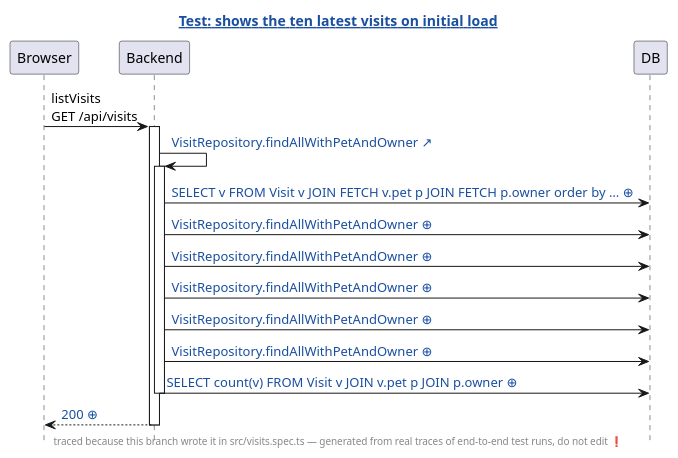
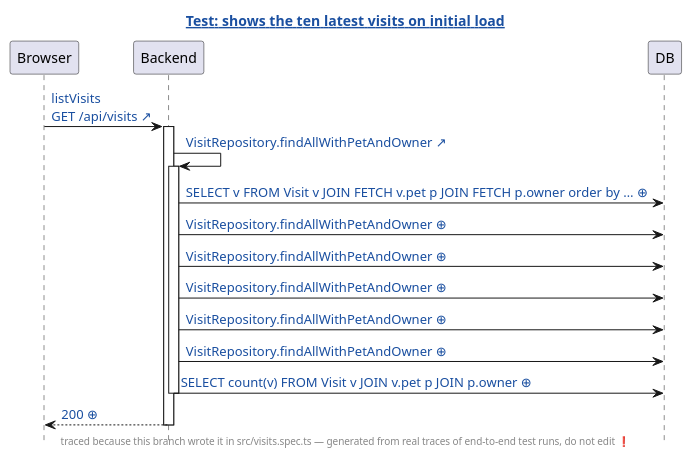
Before and after one commit to victorrentea/human-review: the diagram in demo/demo2/assets/genseq/petclinic-test/generated/visits.spec.ts.shows-the-ten-latest-visits-on-initial-load.genseq.puml, drawn with PlantUML. The commit also changed 130 other files, not shown here.

```diff
--- a/demo/demo2/assets/genseq/petclinic-test/generated/visits.spec.ts.shows-the-ten-latest-visits-on-initial-load.genseq.puml
+++ b/demo/demo2/assets/genseq/petclinic-test/generated/visits.spec.ts.shows-the-ten-latest-visits-on-initial-load.genseq.puml
@@ -1,27 +1,27 @@
 @startuml
 ' ⚠️  GENERATED FILE — DO NOT EDIT. Every edit is lost on the next run.
 hide footbox
 skinparam hyperlinkUnderline false
 skinparam hyperlinkColor #1A4FA0
 skinparam sequenceGroupFontColor #888888
 skinparam sequenceGroupFontStyle plain
 title [[src://petclinic-test/src/visits.spec.ts:37{Click to open the test} Test: shows the ten latest visits on initial load]]
 footer traced because this branch wrote it in src/visits.spec.ts — generated from real traces of end-to-end test runs, do not edit ❗
 participant Browser
 participant Backend
 participant DB
-Browser -> Backend: listVisits\nGET /api/visits
+Browser -> Backend: [[src://petclinic-frontend/src/app/visits/visits-page/visits-page.component.ts:50{Click to open the line that sent this request: visits-page.component.ts:50} listVisits\nGET /api/visits ↗]]
 activate Backend
 Backend -> Backend: [[src://petclinic-backend/src/main/java/victor/training/petclinic/repository/VisitRepository.java:22{Click to open VisitRepository.findAllWithPetAndOwner} VisitRepository.findAllWithPetAndOwner ↗]]
 activate Backend
 Backend -> DB: [[genseq://114roce{Click for the statement behind this call} SELECT v FROM Visit v JOIN FETCH v.pet p JOIN FETCH p.owner order by … ⊕]]
 Backend -> DB: [[genseq://070fg5f{Click for the statement behind this call} VisitRepository.findAllWithPetAndOwner ⊕]]
 Backend -> DB: [[genseq://0xm9qzg{Click for the statement behind this call} VisitRepository.findAllWithPetAndOwner ⊕]]
 Backend -> DB: [[genseq://1heb9yw{Click for the statement behind this call} VisitRepository.findAllWithPetAndOwner ⊕]]
 Backend -> DB: [[genseq://094wceq{Click for the statement behind this call} VisitRepository.findAllWithPetAndOwner ⊕]]
 Backend -> DB: [[genseq://0cvbten{Click for the statement behind this call} VisitRepository.findAllWithPetAndOwner ⊕]]
 Backend -> DB: [[genseq://0gohwr7{Click for the statement behind this call} SELECT count(v) FROM Visit v JOIN v.pet p JOIN p.owner ⊕]]
 deactivate Backend
 Backend --> Browser: [[genseq://1gl89nl{Click for this call’s JSON body} 200 ⊕]]
 deactivate Backend
 @enduml
```
